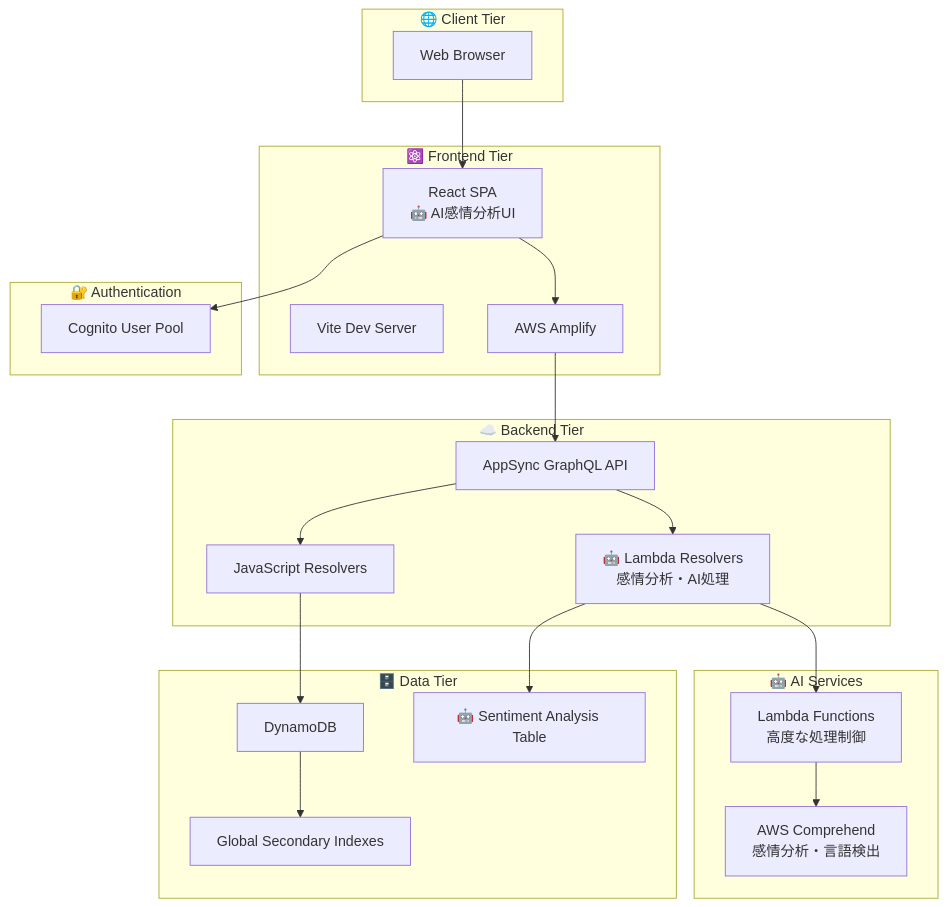
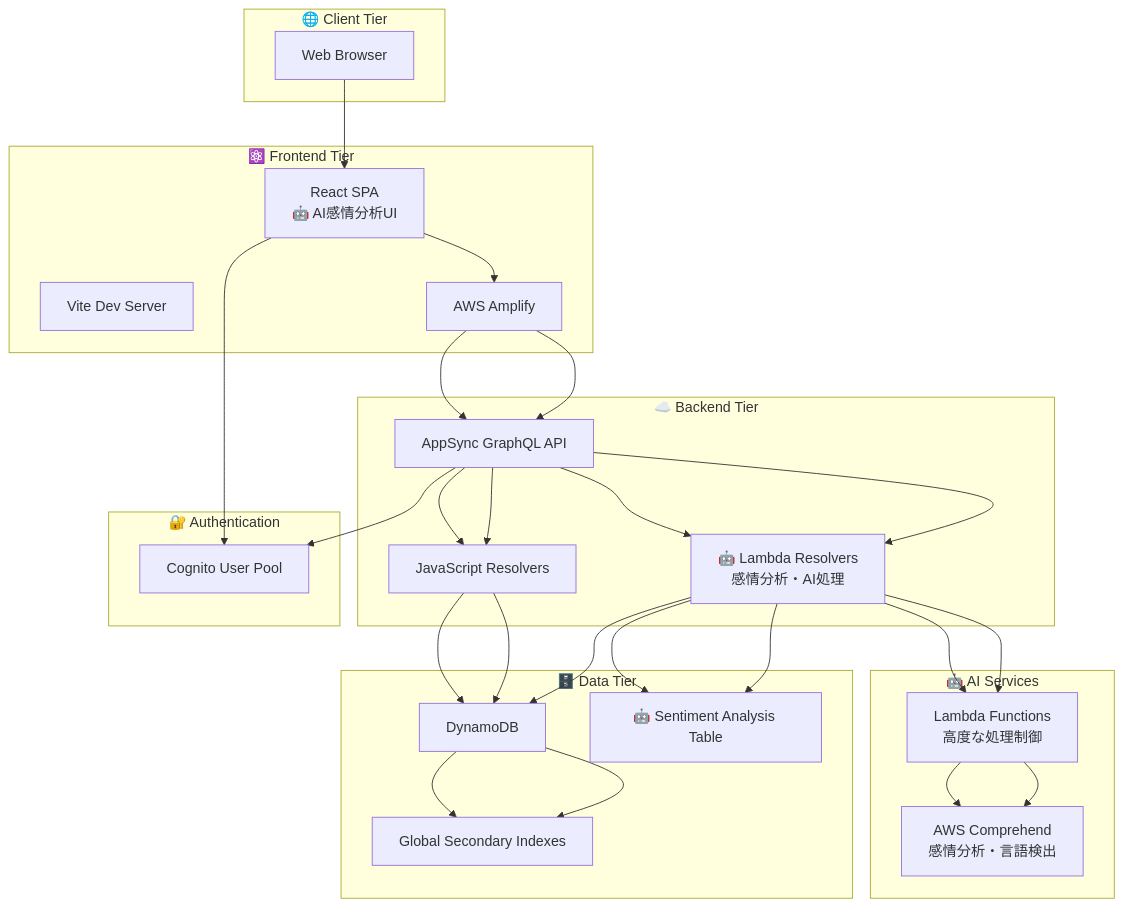
One commit to keitti73/chat_app_by_ai changed the first of 3 diagrams in README.md. Above: the diagram before and after it, drawn with Mermaid. The commit also changed other lines of this file and 24 other files, not shown here.

First line of the commit message:
feat: Implement comprehensive AWS infrastructure for AppSync chat application

````diff
--- a/README.md
+++ b/README.md
@@ -195,45 +180,55 @@
 ```mermaid
 flowchart TB
     subgraph Client["🌐 Client Tier"]
         Browser["Web Browser"]
     end
     
     subgraph Frontend["⚛️ Frontend Tier"]
         React["React SPA<br/>🤖 AI感情分析UI"]
         Vite["Vite Dev Server"]
         Amplify["AWS Amplify"]
     end
     
     subgraph Backend["☁️ Backend Tier"]
         AppSync["AppSync GraphQL API"]
         JSResolvers["JavaScript Resolvers"]
         LambdaResolvers["🤖 Lambda Resolvers<br/>感情分析・AI処理"]
     end
     
     subgraph AIServices["🤖 AI Services"]
         Comprehend["AWS Comprehend<br/>感情分析・言語検出"]
         Lambda["Lambda Functions<br/>高度な処理制御"]
     end
     
     subgraph Auth["🔐 Authentication"]
         Cognito["Cognito User Pool"]
     end
     
     subgraph Data["🗄️ Data Tier"]
         DynamoDB["DynamoDB"]
         GSI["Global Secondary Indexes"]
         SentimentTable["🤖 Sentiment Analysis Table"]
     end
     
     Browser --> React
     React --> Amplify
     Amplify --> AppSync
     AppSync --> JSResolvers
     AppSync --> LambdaResolvers
     LambdaResolvers --> Lambda
     Lambda --> Comprehend
     React --> Cognito
     JSResolvers --> DynamoDB
     LambdaResolvers --> SentimentTable
     DynamoDB --> GSI
+    Amplify --> AppSync
+    AppSync --> Cognito
+    AppSync --> JSResolvers
+    AppSync --> LambdaResolvers
+    LambdaResolvers --> Lambda
+    Lambda --> Comprehend
+    JSResolvers --> DynamoDB
+    LambdaResolvers --> DynamoDB
+    LambdaResolvers --> SentimentTable
+    DynamoDB --> GSI
 ```
````
